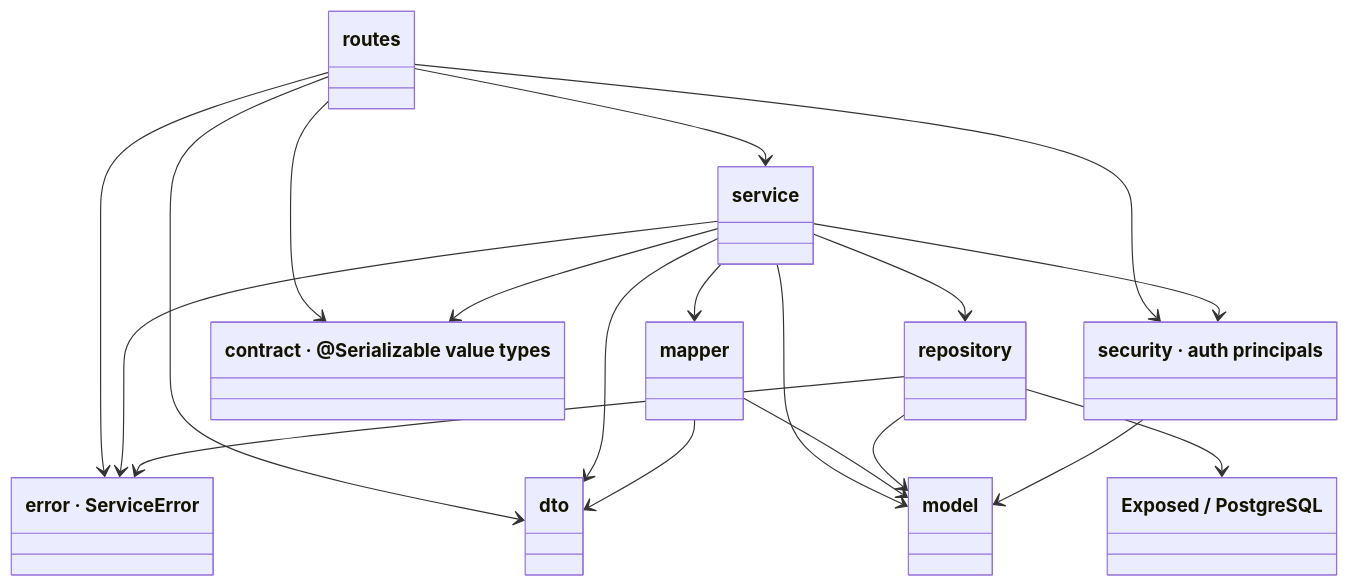
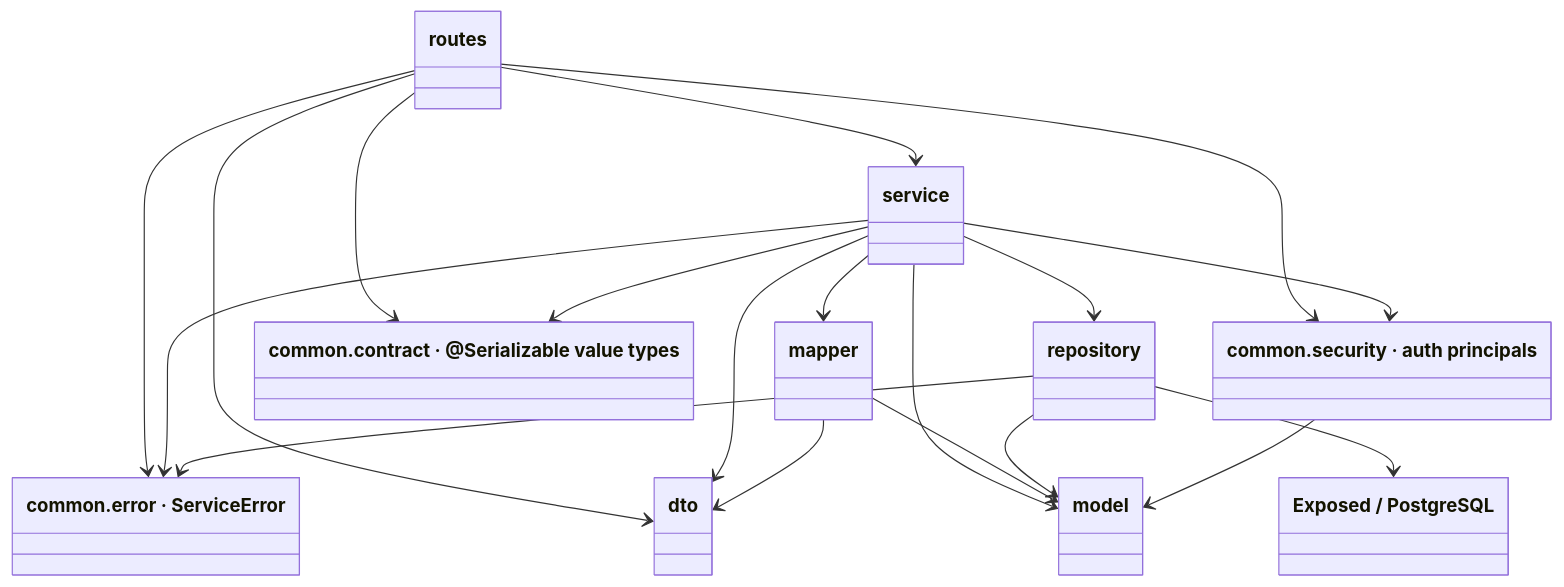
One commit to cybergrouch/skopeo changed the first of 4 diagrams in docs/engineering/architecture/BACKEND_ARCHITECTURE.md. Above: the diagram before and after it, drawn with Mermaid. The commit also changed other lines of this file and 87 other files, not shown here.

````diff
--- a/docs/engineering/architecture/BACKEND_ARCHITECTURE.md
+++ b/docs/engineering/architecture/BACKEND_ARCHITECTURE.md
@@ -116,31 +116,31 @@
 ```mermaid
 classDiagram
     class routes
     class service
     class mapper
     class repository
     class dto
     class model
-    class error["error · ServiceError"]
-    class security["security · auth principals"]
-    class contract["contract · @Serializable value types"]
+    class error["common.error · ServiceError"]
+    class security["common.security · auth principals"]
+    class contract["common.contract · @Serializable value types"]
     class DB["Exposed / PostgreSQL"]
     routes --> service
     routes --> dto
     routes --> error
     routes --> security
     routes --> contract
     service --> repository
     service --> mapper
     service --> dto
     service --> model
     service --> error
     service --> security
     service --> contract
     mapper --> dto
     mapper --> model
     repository --> model
     repository --> error
     repository --> DB
     security --> model
 ```
````
